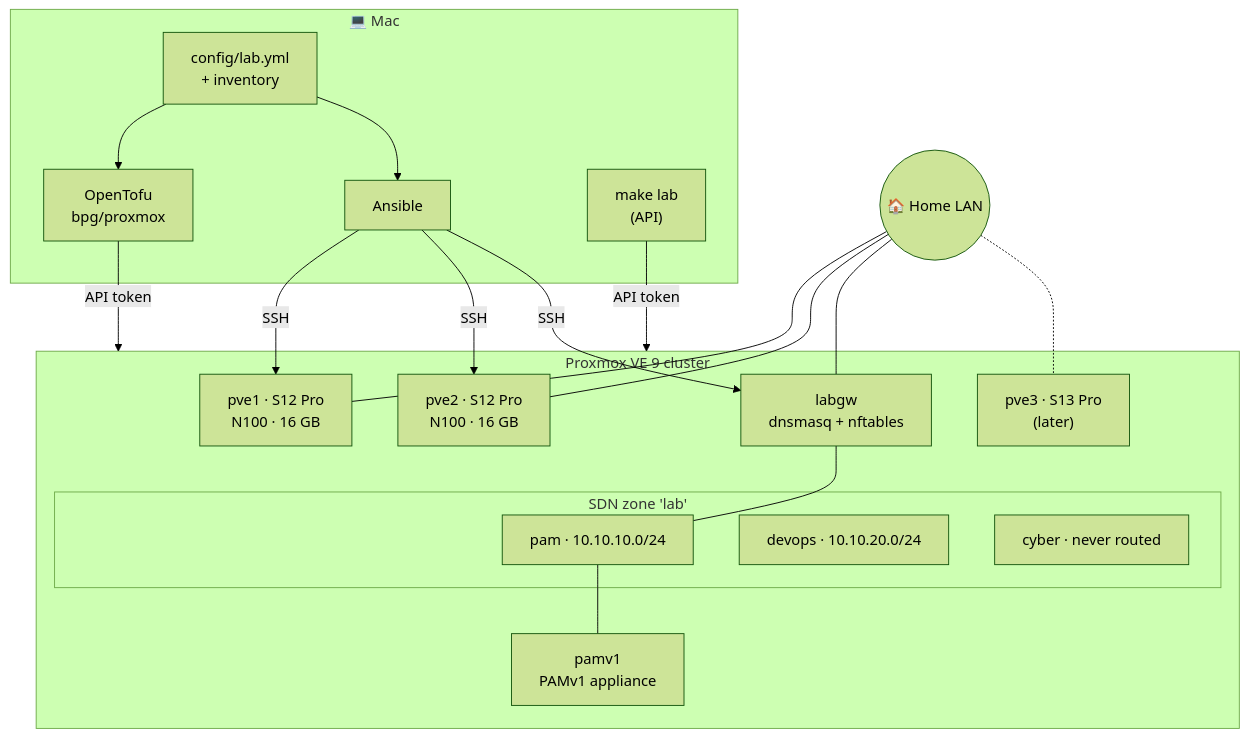
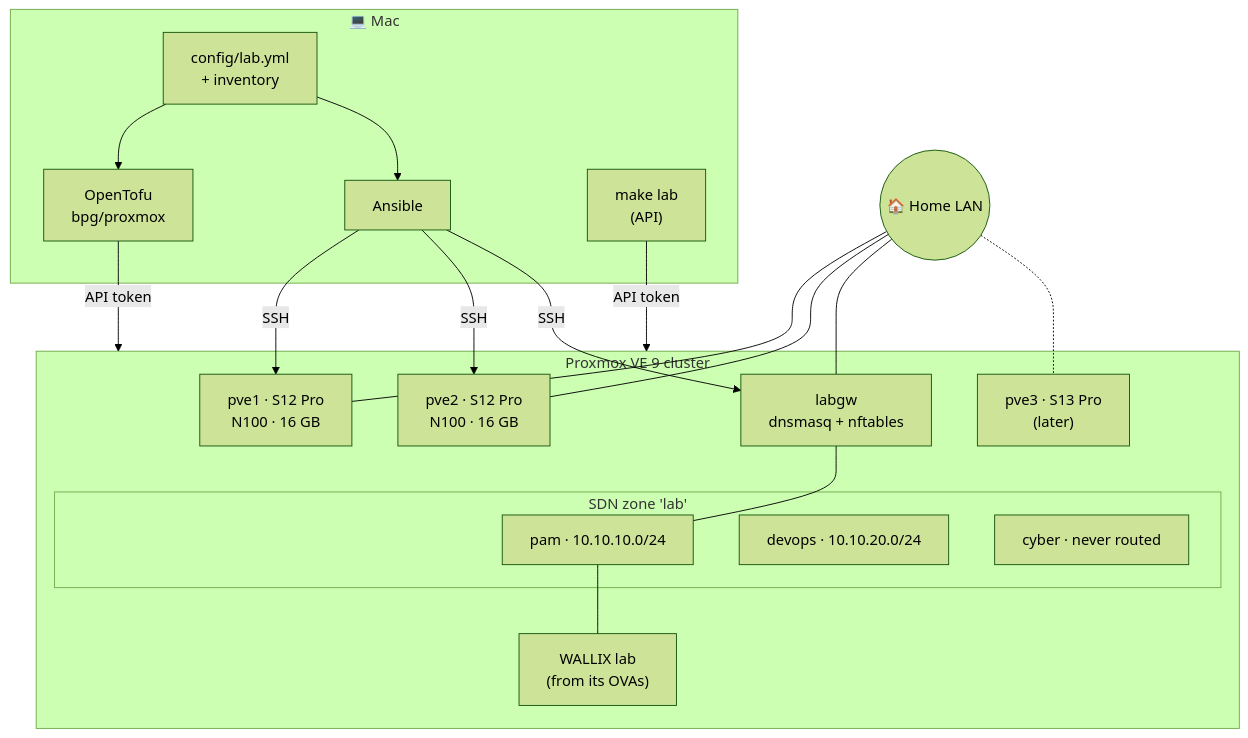
The diagram in README.md (morandeirachema/Lab), drawn with Mermaid (forest theme) before and after one commit. The commit also changed other lines of this file and 10 other files, not shown here.

First line of the commit message:
A fully WALLIX lab: PAMv1 removed from the repo

````diff
--- a/README.md
+++ b/README.md
@@ -32,35 +32,35 @@
 ```mermaid
 flowchart TB
   subgraph mac["💻 Mac"]
     yml["config/lab.yml<br/>+ inventory"]
     tofu["OpenTofu<br/>bpg/proxmox"]
     ans["Ansible"]
     ctl["make lab<br/>(API)"]
     yml --> tofu
     yml --> ans
   end
 
   subgraph cluster["Proxmox VE 9 cluster"]
     pve1["pve1 · S12 Pro<br/>N100 · 16 GB"]
     pve2["pve2 · S12 Pro<br/>N100 · 16 GB"]
     pve3["pve3 · S13 Pro<br/>(later)"]
     subgraph sdn["SDN zone 'lab'"]
       pam["pam · 10.10.10.0/24"]
       devops["devops · 10.10.20.0/24"]
       cyber["cyber · never routed"]
     end
     labgw["labgw<br/>dnsmasq + nftables"]
-    pamv1["pamv1<br/>PAMv1 appliance"]
-    labgw --- pam --- pamv1
+    wallix["WALLIX lab<br/>(from its OVAs)"]
+    labgw --- pam --- wallix
   end
 
   tofu -- "API token" --> cluster
   ctl -- "API token" --> cluster
   ans -- "SSH" --> pve1
   ans -- "SSH" --> pve2
   ans -- "SSH" --> labgw
   lan(("🏠 Home LAN")) --- pve1
   lan --- pve2
   lan --- labgw
   lan -.- pve3
 ```
````
